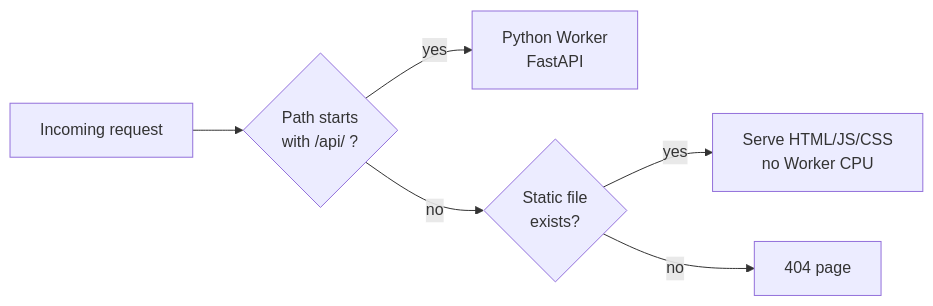
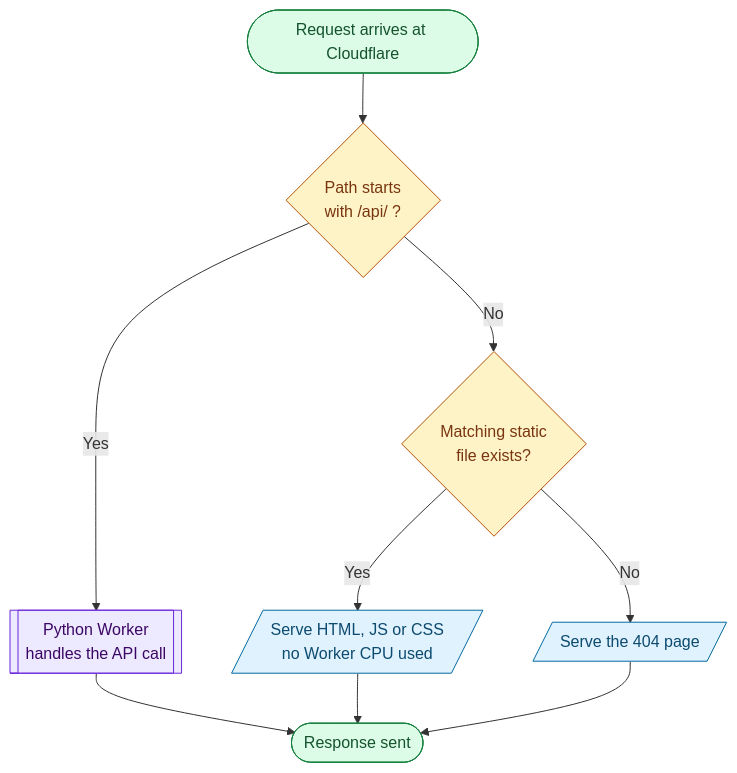
Before and after one commit to aneeq178/dealership-inventory: the fourth of 15 diagrams in docs/ARCHITECTURE.md, drawn with Mermaid. The commit also changed other lines of this file and 30 other files, not shown here.

````diff
--- a/docs/ARCHITECTURE.md
+++ b/docs/ARCHITECTURE.md
@@ -93,8 +183,21 @@
 ```mermaid
-flowchart LR
-    req["Incoming request"] --> api{"Path starts<br/>with /api/ ?"}
-    api -->|yes| py["Python Worker<br/>FastAPI"]
-    api -->|no| file{"Static file<br/>exists?"}
-    file -->|yes| serve["Serve HTML/JS/CSS<br/>no Worker CPU"]
-    file -->|no| nf["404 page"]
+flowchart TB
+    s(["Request arrives at Cloudflare"]):::term
+    api{"Path starts<br/>with /api/ ?"}:::dec
+    py[["Python Worker<br/>handles the API call"]]:::sub
+    file{"Matching static<br/>file exists?"}:::dec
+    serve[/"Serve HTML, JS or CSS<br/>no Worker CPU used"/]:::io
+    nf[/"Serve the 404 page"/]:::io
+    e(["Response sent"]):::term
+
+    s --> api
+    api -- Yes --> py --> e
+    api -- No --> file
+    file -- Yes --> serve --> e
+    file -- No --> nf --> e
+
+    classDef term fill:#dcfce7,stroke:#15803d,color:#14532d
+    classDef dec fill:#fef3c7,stroke:#b45309,color:#78350f
+    classDef io fill:#e0f2fe,stroke:#0369a1,color:#0c4a6e
+    classDef sub fill:#ede9fe,stroke:#6d28d9,color:#3b0764
 ```
````
